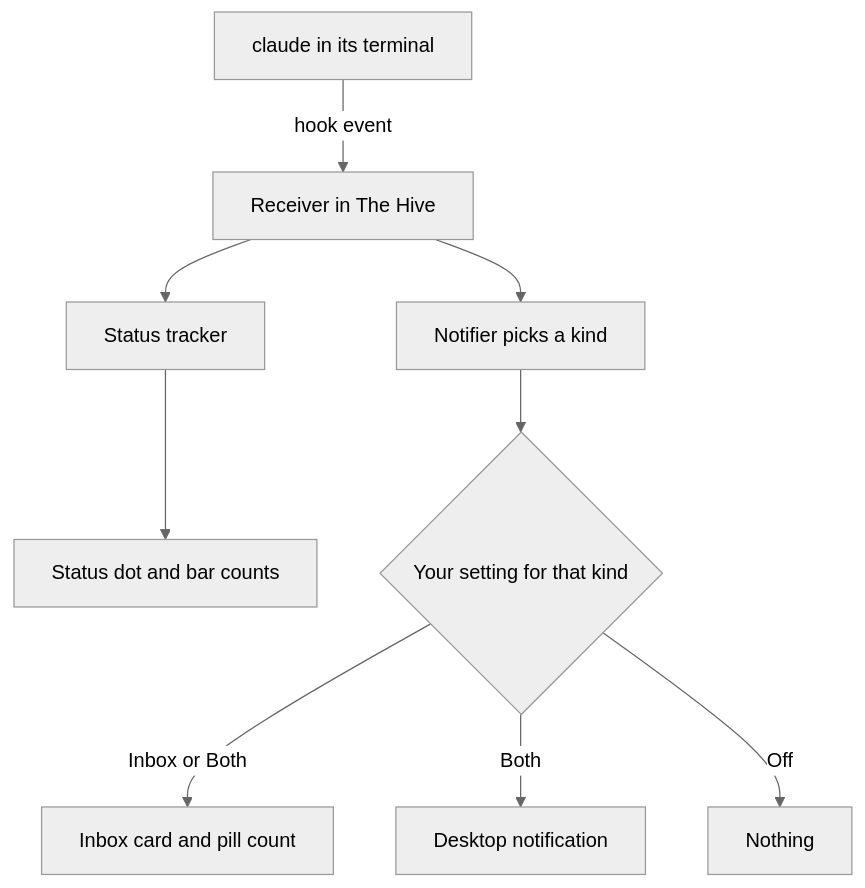
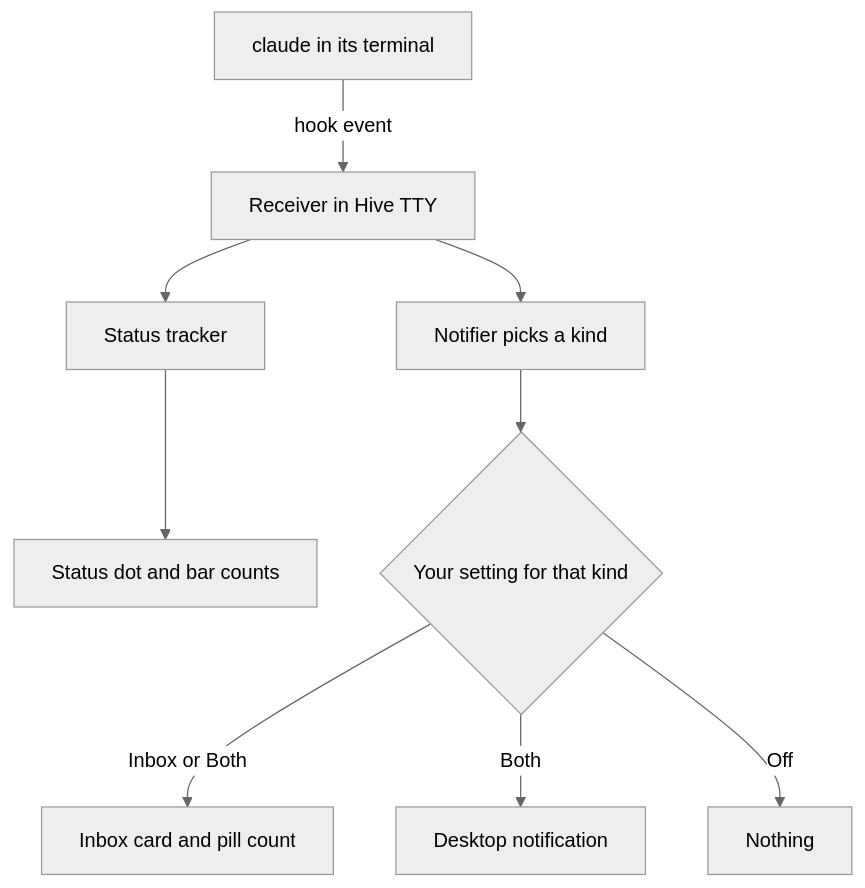
One commit to behiques/hivetty changed the diagram in docs/assets/diagrams/inbox.mmd. Above: the diagram before and after it, drawn with Mermaid (neutral theme). The commit also changed 45 other files, not shown here.

```diff
--- a/docs/assets/diagrams/inbox.mmd
+++ b/docs/assets/diagrams/inbox.mmd
@@ -1,9 +1,9 @@
 flowchart TD
-  claude[claude in its terminal] -->|hook event| rcv[Receiver in The Hive]
+  claude[claude in its terminal] -->|hook event| rcv[Receiver in Hive TTY]
   rcv --> trk[Status tracker]
   trk --> dot[Status dot and bar counts]
   rcv --> ntf[Notifier picks a kind]
   ntf --> pref{Your setting for that kind}
   pref -->|Inbox or Both| card[Inbox card and pill count]
   pref -->|Both| toast[Desktop notification]
   pref -->|Off| none[Nothing]
```
